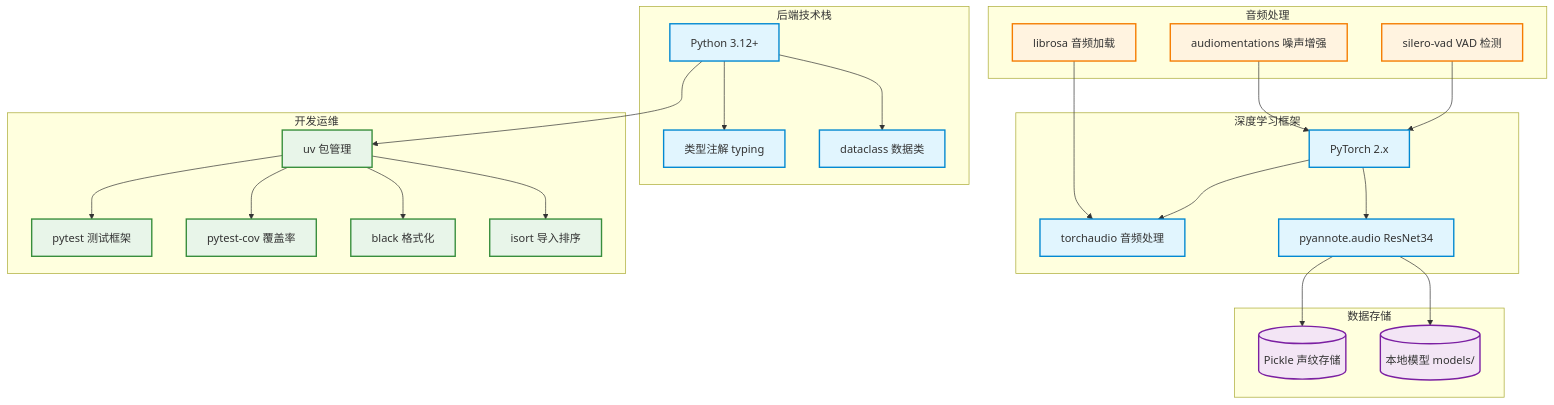
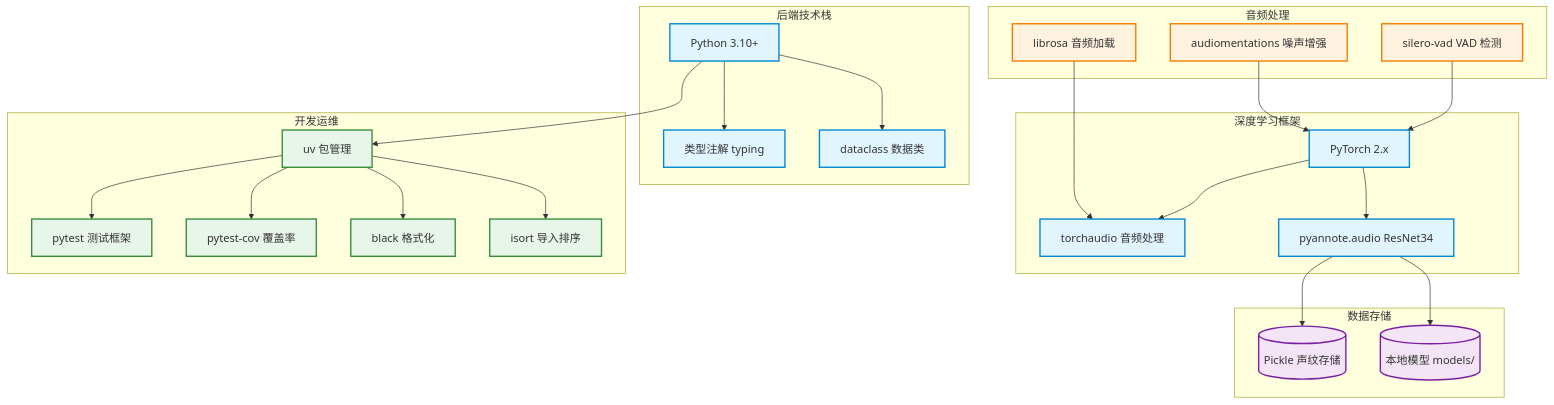
Before and after one commit to deepedge-ai-tech/voice-id: the diagram in docs/diagrams/tech-stack.md, drawn with Mermaid. The commit also changed 5 other files, not shown here.

````diff
--- a/docs/diagrams/tech-stack.md
+++ b/docs/diagrams/tech-stack.md
@@ -3,53 +3,53 @@
 ```mermaid
 graph TB
     classDef backend fill:#e1f5fe,stroke:#0288d1,stroke-width:2px;
     classDef infra fill:#f3e5f5,stroke:#7b1fa2,stroke-width:2px;
     classDef devops fill:#e8f5e9,stroke:#388e3c,stroke-width:2px;
     classDef audio fill:#fff3e0,stroke:#f57c00,stroke-width:2px;
 
     subgraph 后端技术栈
-        Python[Python 3.12+]:::backend
+        Python[Python 3.10+]:::backend
         Type[类型注解 typing]:::backend
         Data[dataclass 数据类]:::backend
     end
 
     subgraph 深度学习框架
         Torch[PyTorch 2.x]:::backend
         TorchAudio[torchaudio 音频处理]:::backend
         Pyannote[pyannote.audio ResNet34]:::backend
     end
 
     subgraph 音频处理
         Librosa[librosa 音频加载]:::audio
         Silero[silero-vad VAD 检测]:::audio
         Augment[audiomentations 噪声增强]:::audio
     end
 
     subgraph 数据存储
         Pkl[(Pickle 声纹存储)]:::infra
         Model[(本地模型 models/)]:::infra
     end
 
     subgraph 开发运维
         UV[uv 包管理]:::devops
         Pytest[pytest 测试框架]:::devops
         Cov[pytest-cov 覆盖率]:::devops
         Black[black 格式化]:::devops
         Isort[isort 导入排序]:::devops
     end
 
     Python --> Type
     Python --> Data
     Torch --> TorchAudio
     Torch --> Pyannote
     Librosa --> TorchAudio
     Silero --> Torch
     Augment --> Torch
     Pyannote --> Pkl
     Pyannote --> Model
     Python --> UV
     UV --> Pytest
     UV --> Cov
     UV --> Black
     UV --> Isort
 ```
````
